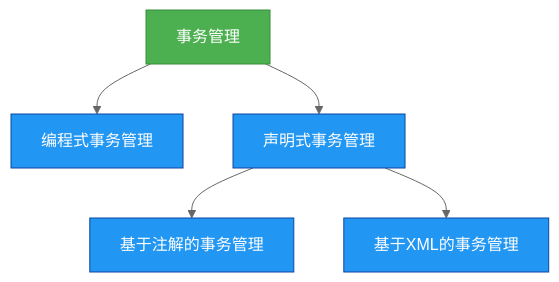
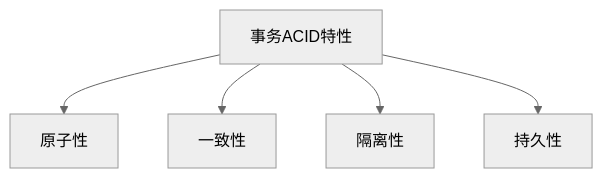
The diagram in src/frame/spring/4. Spring事务管理.md (lindaifeng/lindaifeng.github.io), drawn with Mermaid (neutral theme) before and after one commit. The commit also changed other lines of this file and 17 other files, not shown here.

````diff
--- a/src/frame/spring/4. Spring事务管理.md
+++ b/src/frame/spring/4. Spring事务管理.md
@@ -6,13 +10,7 @@
 ```mermaid
-graph TD
-    A[事务管理] --> B[编程式事务管理]
-    A --> C[声明式事务管理]
-    C --> D[基于注解的事务管理]
-    C --> E[基于XML的事务管理]
-
-    classDef structure fill:#4CAF50,stroke:#388E3C,color:white;
-    classDef algorithm fill:#2196F3,stroke:#0D47A1,color:white;
-
-    class A structure;
-    class B,C,D,E algorithm;
+graph TB
+    A[事务ACID特性] --> B[原子性]
+    A --> C[一致性]
+    A --> D[隔离性]
+    A --> E[持久性]
 ```
````
